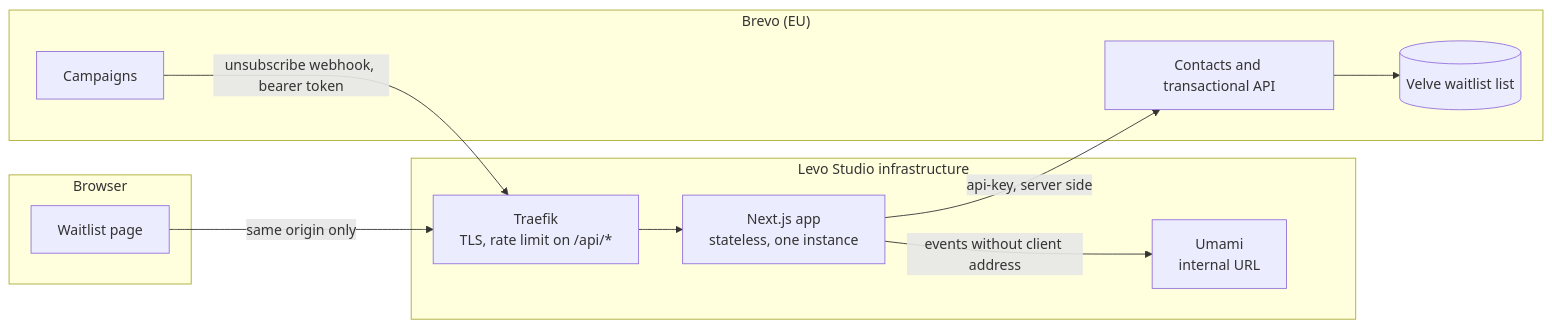
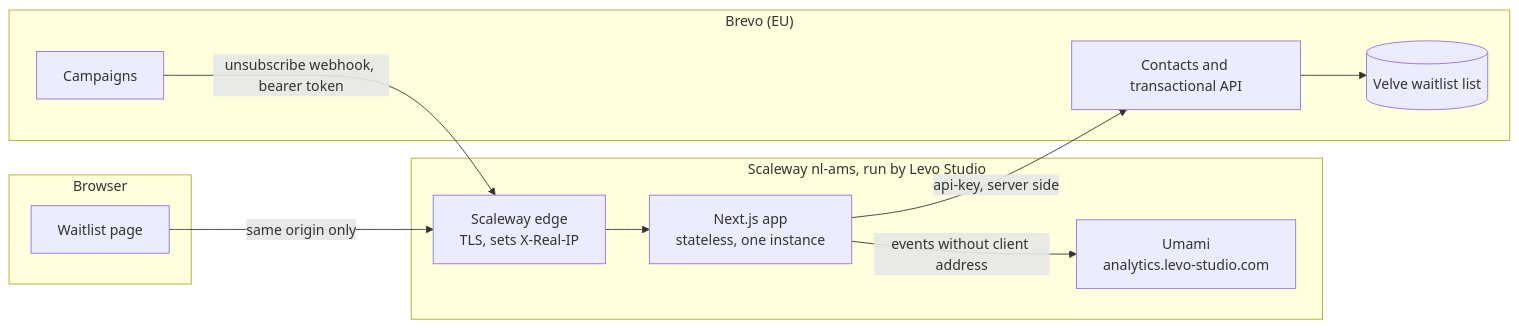
Before and after one commit to velve-dev/velve-waitlist: the first of 3 diagrams in docs/architecture/README.md, drawn with Mermaid. The commit also changed 6 other files, not shown here.

````diff
--- a/docs/architecture/README.md
+++ b/docs/architecture/README.md
@@ -5,20 +5,20 @@
 ```mermaid
 flowchart LR
   subgraph Browser
     page[Waitlist page]
   end
-  subgraph Levo["Levo Studio infrastructure"]
-    traefik[Traefik<br/>TLS, rate limit on /api/*]
+  subgraph Levo["Scaleway nl-ams, run by Levo Studio"]
+    edge[Scaleway edge<br/>TLS, sets X-Real-IP]
     app[Next.js app<br/>stateless, one instance]
-    umami[Umami<br/>internal URL]
+    umami[Umami<br/>analytics.levo-studio.com]
   end
   subgraph Brevo["Brevo (EU)"]
     api[Contacts and transactional API]
     list[(Velve waitlist list)]
     campaigns[Campaigns]
   end
-  page -- "same origin only" --> traefik --> app
+  page -- "same origin only" --> edge --> app
   app -- "api-key, server side" --> api --> list
   app -- "events without client address" --> umami
-  campaigns -- "unsubscribe webhook, bearer token" --> traefik
+  campaigns -- "unsubscribe webhook, bearer token" --> edge
 ```
````
